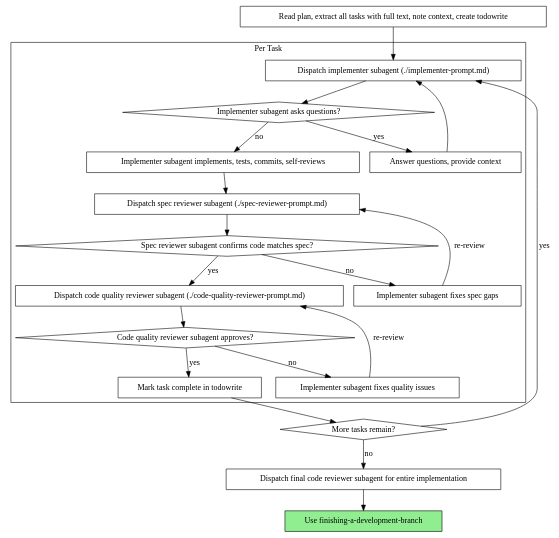
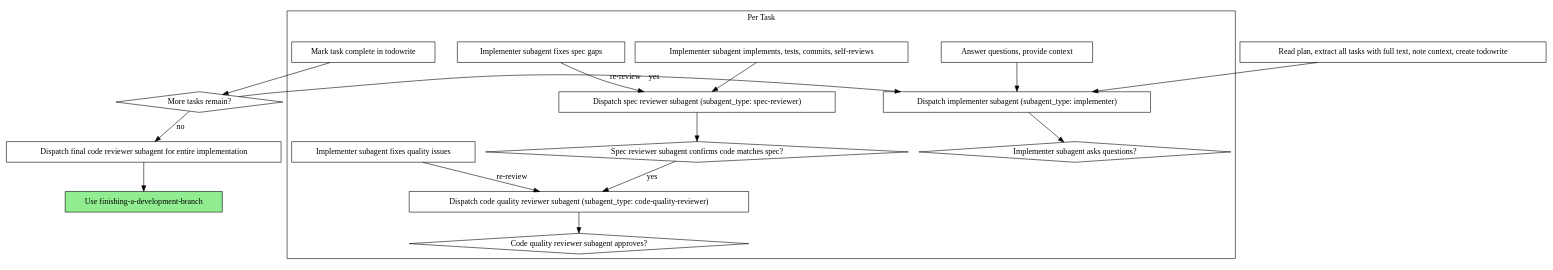
The second of 2 diagrams in skills/subagent-driven-development/SKILL.md (Zeptiny/opencode-setup), drawn with Graphviz before and after one commit. The commit also changed other lines of this file and 7 other files, not shown here.

````diff
--- a/skills/subagent-driven-development/SKILL.md
+++ b/skills/subagent-driven-development/SKILL.md
@@ -42,44 +42,39 @@
 ```dot
 digraph process {
     rankdir=TB;
 
     subgraph cluster_per_task {
         label="Per Task";
-        "Dispatch implementer subagent (./implementer-prompt.md)" [shape=box];
+        "Dispatch implementer subagent (subagent_type: implementer)" [shape=box];
         "Implementer subagent asks questions?" [shape=diamond];
         "Answer questions, provide context" [shape=box];
         "Implementer subagent implements, tests, commits, self-reviews" [shape=box];
-        "Dispatch spec reviewer subagent (./spec-reviewer-prompt.md)" [shape=box];
+        "Dispatch spec reviewer subagent (subagent_type: spec-reviewer)" [shape=box];
         "Spec reviewer subagent confirms code matches spec?" [shape=diamond];
         "Implementer subagent fixes spec gaps" [shape=box];
-        "Dispatch code quality reviewer subagent (./code-quality-reviewer-prompt.md)" [shape=box];
+        "Dispatch code quality reviewer subagent (subagent_type: code-quality-reviewer)" [shape=box];
         "Code quality reviewer subagent approves?" [shape=diamond];
         "Implementer subagent fixes quality issues" [shape=box];
         "Mark task complete in todowrite" [shape=box];
     }
 
     "Read plan, extract all tasks with full text, note context, create todowrite" [shape=box];
     "More tasks remain?" [shape=diamond];
     "Dispatch final code reviewer subagent for entire implementation" [shape=box];
     "Use finishing-a-development-branch" [shape=box style=filled fillcolor=lightgreen];
 
-    "Read plan, extract all tasks with full text, note context, create todowrite" -> "Dispatch implementer subagent (./implementer-prompt.md)";
-    "Dispatch implementer subagent (./implementer-prompt.md)" -> "Implementer subagent asks questions?";
-    "Implementer subagent asks questions?" -> "Answer questions, provide context" [label="yes"];
-    "Answer questions, provide context" -> "Dispatch implementer subagent (./implementer-prompt.md)";
-    "Implementer subagent asks questions?" -> "Implementer subagent implements, tests, commits, self-reviews" [label="no"];
-    "Implementer subagent implements, tests, commits, self-reviews" -> "Dispatch spec reviewer subagent (./spec-reviewer-prompt.md)";
-    "Dispatch spec reviewer subagent (./spec-reviewer-prompt.md)" -> "Spec reviewer subagent confirms code matches spec?";
-    "Spec reviewer subagent confirms code matches spec?" -> "Implementer subagent fixes spec gaps" [label="no"];
-    "Implementer subagent fixes spec gaps" -> "Dispatch spec reviewer subagent (./spec-reviewer-prompt.md)" [label="re-review"];
-    "Spec reviewer subagent confirms code matches spec?" -> "Dispatch code quality reviewer subagent (./code-quality-reviewer-prompt.md)" [label="yes"];
-    "Dispatch code quality reviewer subagent (./code-quality-reviewer-prompt.md)" -> "Code quality reviewer subagent approves?";
-    "Code quality reviewer subagent approves?" -> "Implementer subagent fixes quality issues" [label="no"];
-    "Implementer subagent fixes quality issues" -> "Dispatch code quality reviewer subagent (./code-quality-reviewer-prompt.md)" [label="re-review"];
-    "Code quality reviewer subagent approves?" -> "Mark task complete in todowrite" [label="yes"];
+    "Read plan, extract all tasks with full text, note context, create todowrite" -> "Dispatch implementer subagent (subagent_type: implementer)";
+    "Dispatch implementer subagent (subagent_type: implementer)" -> "Implementer subagent asks questions?";
+    "Answer questions, provide context" -> "Dispatch implementer subagent (subagent_type: implementer)";
+    "Implementer subagent implements, tests, commits, self-reviews" -> "Dispatch spec reviewer subagent (subagent_type: spec-reviewer)";
+    "Dispatch spec reviewer subagent (subagent_type: spec-reviewer)" -> "Spec reviewer subagent confirms code matches spec?";
+    "Implementer subagent fixes spec gaps" -> "Dispatch spec reviewer subagent (subagent_type: spec-reviewer)" [label="re-review"];
+    "Spec reviewer subagent confirms code matches spec?" -> "Dispatch code quality reviewer subagent (subagent_type: code-quality-reviewer)" [label="yes"];
+    "Dispatch code quality reviewer subagent (subagent_type: code-quality-reviewer)" -> "Code quality reviewer subagent approves?";
+    "Implementer subagent fixes quality issues" -> "Dispatch code quality reviewer subagent (subagent_type: code-quality-reviewer)" [label="re-review"];
     "Mark task complete in todowrite" -> "More tasks remain?";
-    "More tasks remain?" -> "Dispatch implementer subagent (./implementer-prompt.md)" [label="yes"];
+    "More tasks remain?" -> "Dispatch implementer subagent (subagent_type: implementer)" [label="yes"];
     "More tasks remain?" -> "Dispatch final code reviewer subagent for entire implementation" [label="no"];
     "Dispatch final code reviewer subagent for entire implementation" -> "Use finishing-a-development-branch";
 }
 ```
````
